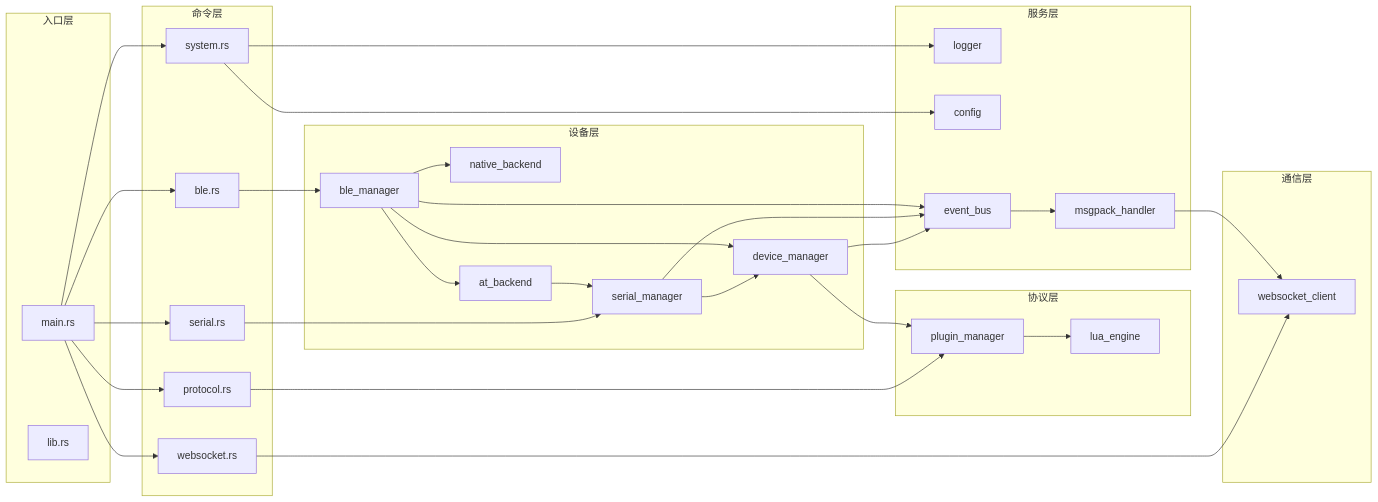
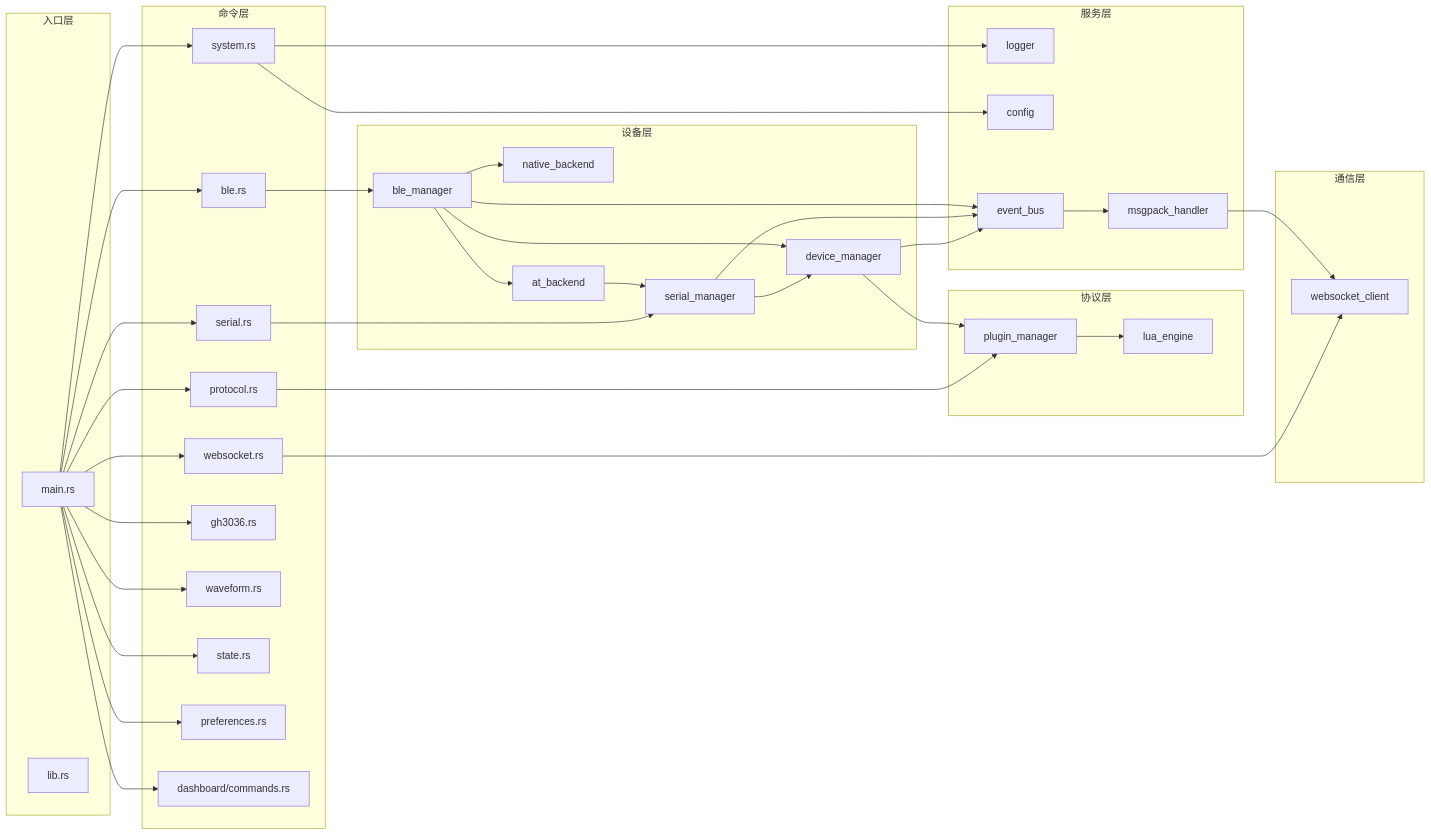
The sixth of 7 diagrams in docs/ComBridge Tauri 2.0 架构文档.md (XiaoPb/combridge), drawn with Mermaid before and after one commit. The commit also changed other lines of this file and 2 other files, not shown here.

````diff
--- a/docs/ComBridge Tauri 2.0 架构文档.md
+++ b/docs/ComBridge Tauri 2.0 架构文档.md
@@ -593,67 +641,77 @@
 ```mermaid
 flowchart LR
     subgraph 入口层
         Main[main.rs]
         Lib[lib.rs]
     end
     
     subgraph 命令层
         SerialCmd[serial.rs]
         BleCmd[ble.rs]
         ProtocolCmd[protocol.rs]
         SystemCmd[system.rs]
         WsCmd[websocket.rs]
+        Gh3036Cmd[gh3036.rs]
+        WaveformCmd[waveform.rs]
+        StateCmd[state.rs]
+        PreferencesCmd[preferences.rs]
+        DashboardCmd[dashboard/commands.rs]
     end
     
     subgraph 设备层
         DevMgr[device_manager]
         SerialMgr[serial_manager]
         BleMgr[ble_manager]
         NativeBackend[native_backend]
         AtBackend[at_backend]
     end
     
     subgraph 协议层
         PluginMgr[plugin_manager]
         LuaEngine[lua_engine]
     end
     
     subgraph 服务层
         Logger[logger]
         Config[config]
         EventBus[event_bus]
         MsgPack[msgpack_handler]
     end
     
     subgraph 通信层
         WsClient[websocket_client]
     end
     
     Main --> SerialCmd
     Main --> BleCmd
     Main --> ProtocolCmd
     Main --> SystemCmd
     Main --> WsCmd
+    Main --> Gh3036Cmd
+    Main --> WaveformCmd
+    Main --> StateCmd
+    Main --> PreferencesCmd
+    Main --> DashboardCmd
     
     SerialCmd --> SerialMgr
     BleCmd --> BleMgr
     ProtocolCmd --> PluginMgr
     SystemCmd --> Logger
     SystemCmd --> Config
     WsCmd --> WsClient
     
     SerialMgr --> DevMgr
     BleMgr --> DevMgr
     BleMgr --> NativeBackend
     BleMgr --> AtBackend
     AtBackend --> SerialMgr
     
     DevMgr --> PluginMgr
     PluginMgr --> LuaEngine
     
     DevMgr --> EventBus
     SerialMgr --> EventBus
     BleMgr --> EventBus
     EventBus --> MsgPack
     MsgPack --> WsClient
 ```
````
